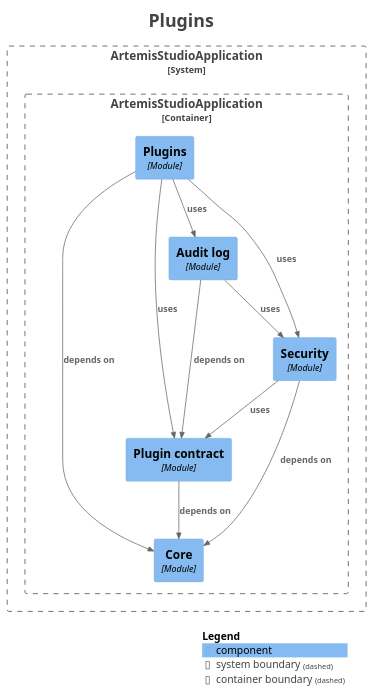
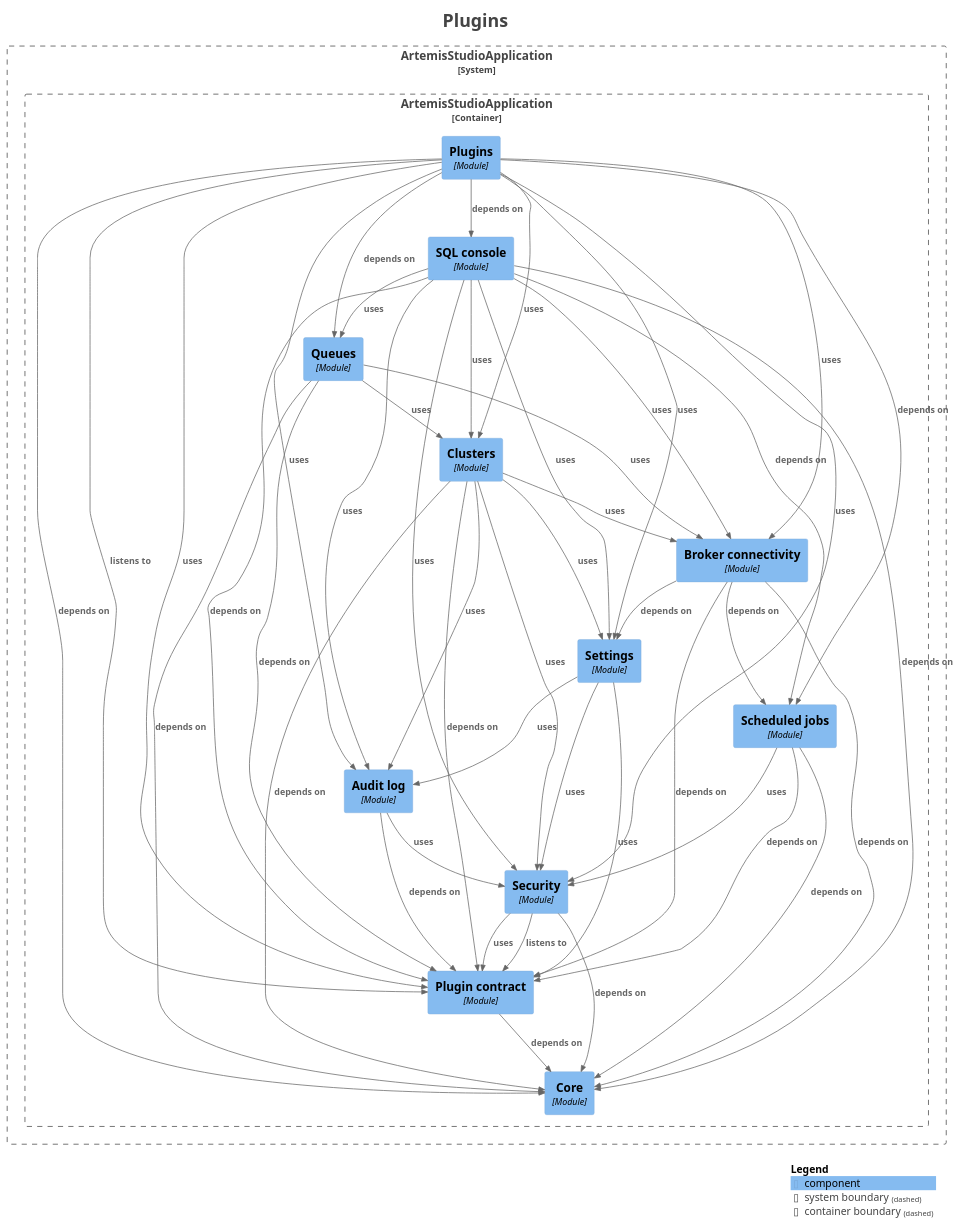
One commit to sudoitir/artemis-studio changed the diagram in docs/modules/module-feature.plugins.puml. Above: the diagram before and after it, drawn with PlantUML. The commit also changed 81 other files, not shown here.

```diff
--- a/docs/modules/module-feature.plugins.puml
+++ b/docs/modules/module-feature.plugins.puml
@@ -1,41 +1,84 @@
 @startuml
 title <size:24>Plugins</size>
 
 set separator none
 top to bottom direction
 
 <style>
   root {
     BackgroundColor: #ffffff
     FontColor: #444444
   }
 </style>
 
 !include <C4/C4>
 !include <C4/C4_Context>
 !include <C4/C4_Component>
 
 System_Boundary("ArtemisStudioApplication_boundary", "ArtemisStudioApplication", $tags="") {
   Container_Boundary("ArtemisStudioApplication.ArtemisStudioApplication_boundary", "ArtemisStudioApplication", $tags="") {
+    Component(ArtemisStudioApplication.ArtemisStudioApplication.Settings, "Settings", $techn="Module", $descr="", $tags="", $link="")
+    Component(ArtemisStudioApplication.ArtemisStudioApplication.Brokerconnectivity, "Broker connectivity", $techn="Module", $descr="", $tags="", $link="")
+    Component(ArtemisStudioApplication.ArtemisStudioApplication.Clusters, "Clusters", $techn="Module", $descr="", $tags="", $link="")
+    Component(ArtemisStudioApplication.ArtemisStudioApplication.Queues, "Queues", $techn="Module", $descr="", $tags="", $link="")
+    Component(ArtemisStudioApplication.ArtemisStudioApplication.Core, "Core", $techn="Module", $descr="", $tags="", $link="")
+    Component(ArtemisStudioApplication.ArtemisStudioApplication.SQLconsole, "SQL console", $techn="Module", $descr="", $tags="", $link="")
     Component(ArtemisStudioApplication.ArtemisStudioApplication.Plugins, "Plugins", $techn="Module", $descr="", $tags="", $link="")
-    Component(ArtemisStudioApplication.ArtemisStudioApplication.Core, "Core", $techn="Module", $descr="", $tags="", $link="")
     Component(ArtemisStudioApplication.ArtemisStudioApplication.Plugincontract, "Plugin contract", $techn="Module", $descr="", $tags="", $link="")
     Component(ArtemisStudioApplication.ArtemisStudioApplication.Security, "Security", $techn="Module", $descr="", $tags="", $link="")
     Component(ArtemisStudioApplication.ArtemisStudioApplication.Auditlog, "Audit log", $techn="Module", $descr="", $tags="", $link="")
+    Component(ArtemisStudioApplication.ArtemisStudioApplication.Scheduledjobs, "Scheduled jobs", $techn="Module", $descr="", $tags="", $link="")
   }
 
 }
 
 Rel(ArtemisStudioApplication.ArtemisStudioApplication.Auditlog, ArtemisStudioApplication.ArtemisStudioApplication.Plugincontract, "depends on", $techn="", $tags="", $link="")
 Rel(ArtemisStudioApplication.ArtemisStudioApplication.Auditlog, ArtemisStudioApplication.ArtemisStudioApplication.Security, "uses", $techn="", $tags="", $link="")
+Rel(ArtemisStudioApplication.ArtemisStudioApplication.Brokerconnectivity, ArtemisStudioApplication.ArtemisStudioApplication.Core, "depends on", $techn="", $tags="", $link="")
+Rel(ArtemisStudioApplication.ArtemisStudioApplication.Brokerconnectivity, ArtemisStudioApplication.ArtemisStudioApplication.Plugincontract, "depends on", $techn="", $tags="", $link="")
+Rel(ArtemisStudioApplication.ArtemisStudioApplication.Brokerconnectivity, ArtemisStudioApplication.ArtemisStudioApplication.Scheduledjobs, "depends on", $techn="", $tags="", $link="")
+Rel(ArtemisStudioApplication.ArtemisStudioApplication.Brokerconnectivity, ArtemisStudioApplication.ArtemisStudioApplication.Settings, "depends on", $techn="", $tags="", $link="")
+Rel(ArtemisStudioApplication.ArtemisStudioApplication.Clusters, ArtemisStudioApplication.ArtemisStudioApplication.Auditlog, "uses", $techn="", $tags="", $link="")
+Rel(ArtemisStudioApplication.ArtemisStudioApplication.Clusters, ArtemisStudioApplication.ArtemisStudioApplication.Brokerconnectivity, "uses", $techn="", $tags="", $link="")
+Rel(ArtemisStudioApplication.ArtemisStudioApplication.Clusters, ArtemisStudioApplication.ArtemisStudioApplication.Core, "depends on", $techn="", $tags="", $link="")
+Rel(ArtemisStudioApplication.ArtemisStudioApplication.Clusters, ArtemisStudioApplication.ArtemisStudioApplication.Plugincontract, "depends on", $techn="", $tags="", $link="")
+Rel(ArtemisStudioApplication.ArtemisStudioApplication.Clusters, ArtemisStudioApplication.ArtemisStudioApplication.Security, "uses", $techn="", $tags="", $link="")
+Rel(ArtemisStudioApplication.ArtemisStudioApplication.Clusters, ArtemisStudioApplication.ArtemisStudioApplication.Settings, "uses", $techn="", $tags="", $link="")
 Rel(ArtemisStudioApplication.ArtemisStudioApplication.Plugincontract, ArtemisStudioApplication.ArtemisStudioApplication.Core, "depends on", $techn="", $tags="", $link="")
 Rel(ArtemisStudioApplication.ArtemisStudioApplication.Plugins, ArtemisStudioApplication.ArtemisStudioApplication.Auditlog, "uses", $techn="", $tags="", $link="")
+Rel(ArtemisStudioApplication.ArtemisStudioApplication.Plugins, ArtemisStudioApplication.ArtemisStudioApplication.Brokerconnectivity, "uses", $techn="", $tags="", $link="")
+Rel(ArtemisStudioApplication.ArtemisStudioApplication.Plugins, ArtemisStudioApplication.ArtemisStudioApplication.Clusters, "uses", $techn="", $tags="", $link="")
 Rel(ArtemisStudioApplication.ArtemisStudioApplication.Plugins, ArtemisStudioApplication.ArtemisStudioApplication.Core, "depends on", $techn="", $tags="", $link="")
+Rel(ArtemisStudioApplication.ArtemisStudioApplication.Plugins, ArtemisStudioApplication.ArtemisStudioApplication.Plugincontract, "listens to", $techn="", $tags="", $link="")
 Rel(ArtemisStudioApplication.ArtemisStudioApplication.Plugins, ArtemisStudioApplication.ArtemisStudioApplication.Plugincontract, "uses", $techn="", $tags="", $link="")
+Rel(ArtemisStudioApplication.ArtemisStudioApplication.Plugins, ArtemisStudioApplication.ArtemisStudioApplication.Queues, "depends on", $techn="", $tags="", $link="")
+Rel(ArtemisStudioApplication.ArtemisStudioApplication.Plugins, ArtemisStudioApplication.ArtemisStudioApplication.SQLconsole, "depends on", $techn="", $tags="", $link="")
+Rel(ArtemisStudioApplication.ArtemisStudioApplication.Plugins, ArtemisStudioApplication.ArtemisStudioApplication.Scheduledjobs, "depends on", $techn="", $tags="", $link="")
 Rel(ArtemisStudioApplication.ArtemisStudioApplication.Plugins, ArtemisStudioApplication.ArtemisStudioApplication.Security, "uses", $techn="", $tags="", $link="")
+Rel(ArtemisStudioApplication.ArtemisStudioApplication.Plugins, ArtemisStudioApplication.ArtemisStudioApplication.Settings, "uses", $techn="", $tags="", $link="")
+Rel(ArtemisStudioApplication.ArtemisStudioApplication.Queues, ArtemisStudioApplication.ArtemisStudioApplication.Brokerconnectivity, "uses", $techn="", $tags="", $link="")
+Rel(ArtemisStudioApplication.ArtemisStudioApplication.Queues, ArtemisStudioApplication.ArtemisStudioApplication.Clusters, "uses", $techn="", $tags="", $link="")
+Rel(ArtemisStudioApplication.ArtemisStudioApplication.Queues, ArtemisStudioApplication.ArtemisStudioApplication.Core, "depends on", $techn="", $tags="", $link="")
+Rel(ArtemisStudioApplication.ArtemisStudioApplication.Queues, ArtemisStudioApplication.ArtemisStudioApplication.Plugincontract, "depends on", $techn="", $tags="", $link="")
+Rel(ArtemisStudioApplication.ArtemisStudioApplication.SQLconsole, ArtemisStudioApplication.ArtemisStudioApplication.Auditlog, "uses", $techn="", $tags="", $link="")
+Rel(ArtemisStudioApplication.ArtemisStudioApplication.SQLconsole, ArtemisStudioApplication.ArtemisStudioApplication.Brokerconnectivity, "uses", $techn="", $tags="", $link="")
+Rel(ArtemisStudioApplication.ArtemisStudioApplication.SQLconsole, ArtemisStudioApplication.ArtemisStudioApplication.Clusters, "uses", $techn="", $tags="", $link="")
+Rel(ArtemisStudioApplication.ArtemisStudioApplication.SQLconsole, ArtemisStudioApplication.ArtemisStudioApplication.Core, "depends on", $techn="", $tags="", $link="")
+Rel(ArtemisStudioApplication.ArtemisStudioApplication.SQLconsole, ArtemisStudioApplication.ArtemisStudioApplication.Plugincontract, "depends on", $techn="", $tags="", $link="")
+Rel(ArtemisStudioApplication.ArtemisStudioApplication.SQLconsole, ArtemisStudioApplication.ArtemisStudioApplication.Queues, "uses", $techn="", $tags="", $link="")
+Rel(ArtemisStudioApplication.ArtemisStudioApplication.SQLconsole, ArtemisStudioApplication.ArtemisStudioApplication.Scheduledjobs, "depends on", $techn="", $tags="", $link="")
+Rel(ArtemisStudioApplication.ArtemisStudioApplication.SQLconsole, ArtemisStudioApplication.ArtemisStudioApplication.Security, "uses", $techn="", $tags="", $link="")
+Rel(ArtemisStudioApplication.ArtemisStudioApplication.SQLconsole, ArtemisStudioApplication.ArtemisStudioApplication.Settings, "uses", $techn="", $tags="", $link="")
+Rel(ArtemisStudioApplication.ArtemisStudioApplication.Scheduledjobs, ArtemisStudioApplication.ArtemisStudioApplication.Core, "depends on", $techn="", $tags="", $link="")
+Rel(ArtemisStudioApplication.ArtemisStudioApplication.Scheduledjobs, ArtemisStudioApplication.ArtemisStudioApplication.Plugincontract, "depends on", $techn="", $tags="", $link="")
+Rel(ArtemisStudioApplication.ArtemisStudioApplication.Scheduledjobs, ArtemisStudioApplication.ArtemisStudioApplication.Security, "uses", $techn="", $tags="", $link="")
 Rel(ArtemisStudioApplication.ArtemisStudioApplication.Security, ArtemisStudioApplication.ArtemisStudioApplication.Core, "depends on", $techn="", $tags="", $link="")
+Rel(ArtemisStudioApplication.ArtemisStudioApplication.Security, ArtemisStudioApplication.ArtemisStudioApplication.Plugincontract, "listens to", $techn="", $tags="", $link="")
 Rel(ArtemisStudioApplication.ArtemisStudioApplication.Security, ArtemisStudioApplication.ArtemisStudioApplication.Plugincontract, "uses", $techn="", $tags="", $link="")
+Rel(ArtemisStudioApplication.ArtemisStudioApplication.Settings, ArtemisStudioApplication.ArtemisStudioApplication.Auditlog, "uses", $techn="", $tags="", $link="")
+Rel(ArtemisStudioApplication.ArtemisStudioApplication.Settings, ArtemisStudioApplication.ArtemisStudioApplication.Plugincontract, "uses", $techn="", $tags="", $link="")
+Rel(ArtemisStudioApplication.ArtemisStudioApplication.Settings, ArtemisStudioApplication.ArtemisStudioApplication.Security, "uses", $techn="", $tags="", $link="")
 
 SHOW_LEGEND(true)
 hide stereotypes
 @enduml
```
